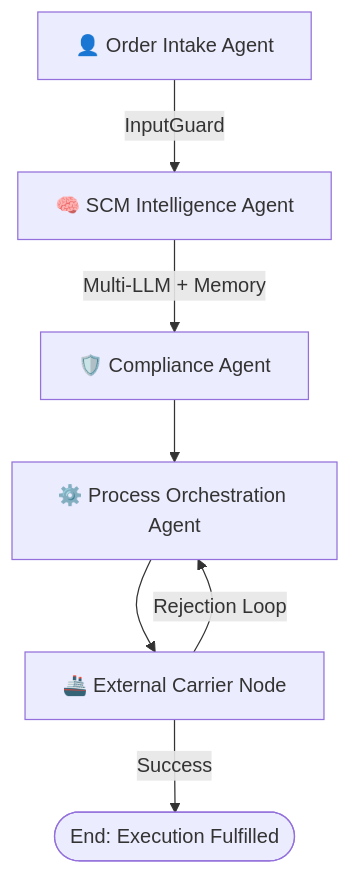
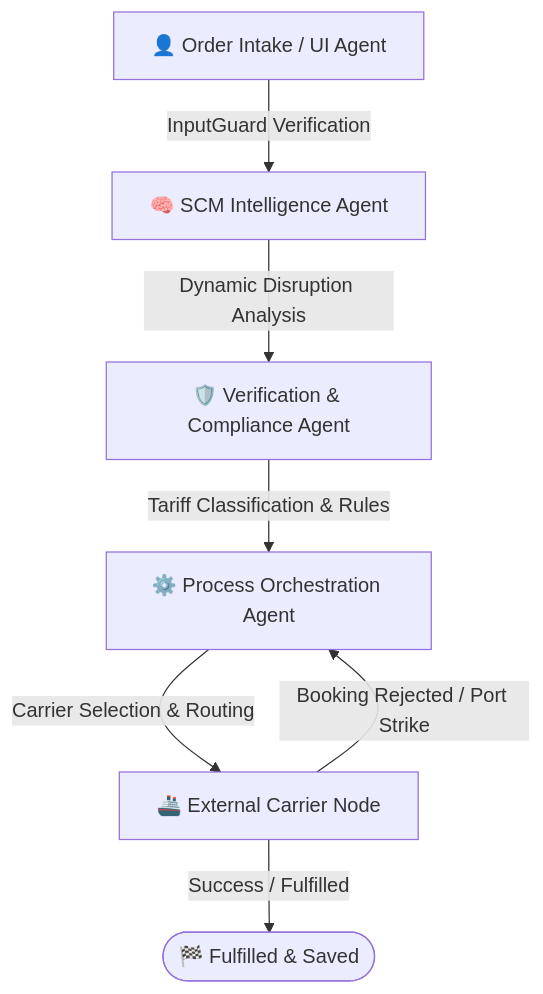
One commit to sounakss7/SCM_AGENTIC_WORKFLOW changed the diagram in README.md. Above: the diagram before and after it, drawn with Mermaid. The commit also changed other lines of this file, not shown here.

Commit message:
docs: update README with comprehensive features and architecture details

````diff
--- a/README.md
+++ b/README.md
@@ -21,10 +23,10 @@
 ```mermaid
 graph TD
-    Node1[👤 Order Intake Agent] -->|InputGuard| Node2[🧠 SCM Intelligence Agent]
-    Node2 -->|Multi-LLM + Memory| Node3[🛡️ Compliance Agent]
-    Node3 --> Node4[⚙️ Process Orchestration Agent]
-    Node4 --> Node5[🚢 External Carrier Node]
+    Node1[👤 Order Intake / UI Agent] -->|InputGuard Verification| Node2[🧠 SCM Intelligence Agent]
+    Node2 -->|Dynamic Disruption Analysis| Node3[🛡️ Verification & Compliance Agent]
+    Node3 -->|Tariff Classification & Rules| Node4[⚙️ Process Orchestration Agent]
+    Node4 -->|Carrier Selection & Routing| Node5[🚢 External Carrier Node]
     
-    Node5 -->|Rejection Loop| Node4
-    Node5 -->|Success| END([End: Execution Fulfilled])
+    Node5 -->|Booking Rejected / Port Strike| Node4
+    Node5 -->|Success / Fulfilled| END([🏁 Fulfilled & Saved])
 ```
````
